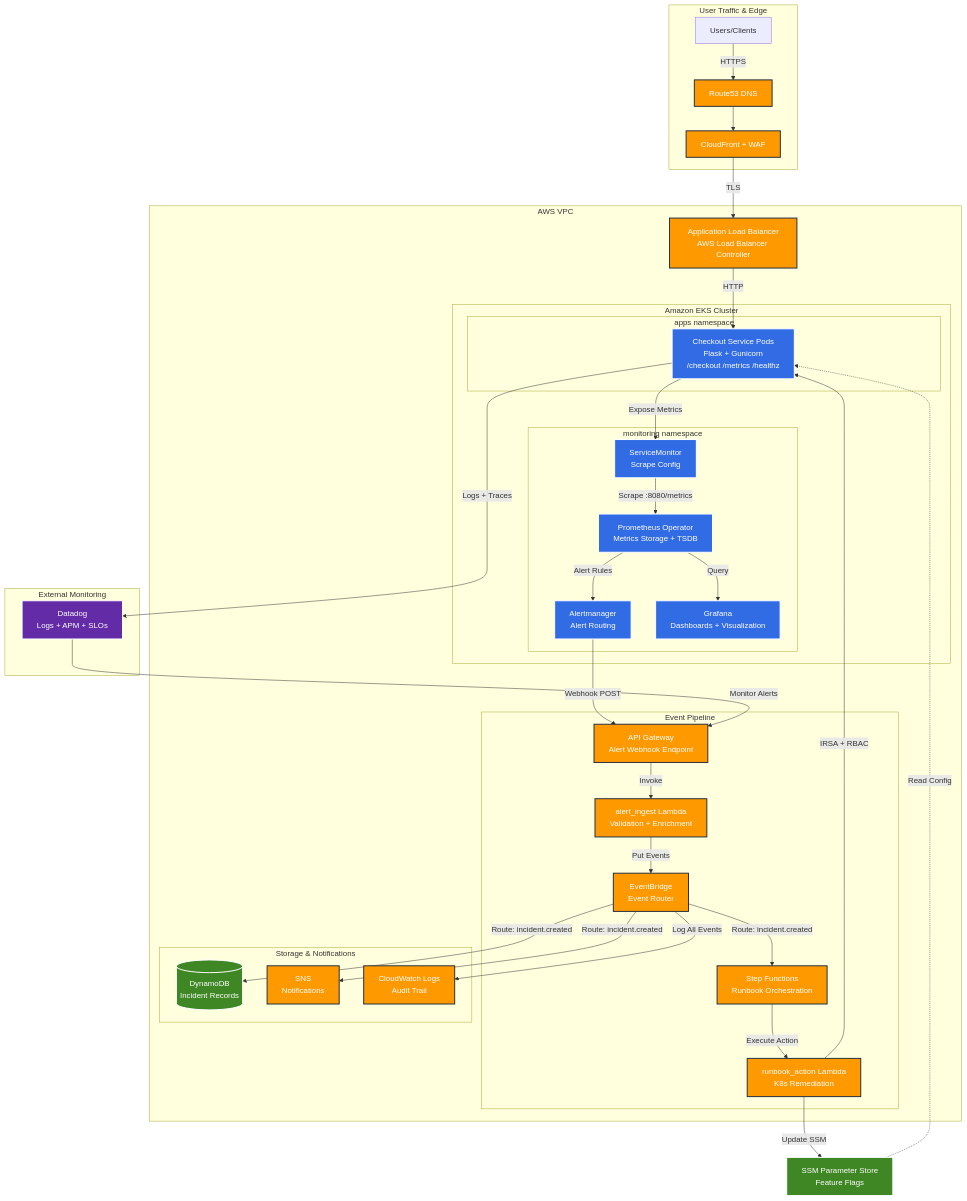
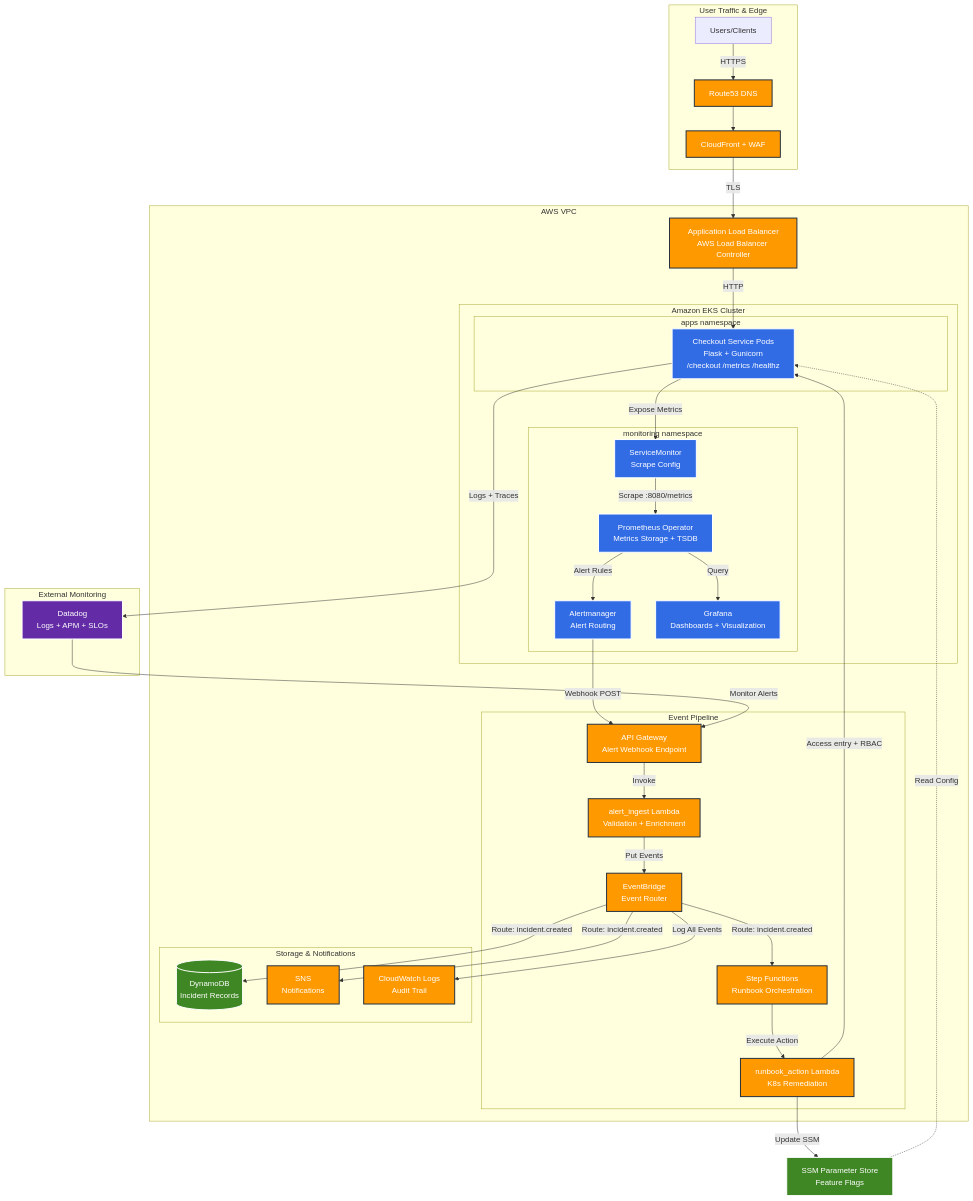
The first of 4 diagrams in docs/architecture/README.md (amrutp24/event-driven-sre-platform), drawn with Mermaid before and after one commit. The commit also changed other lines of this file and 6 other files, not shown here.

```diff
--- a/docs/architecture/README.md
+++ b/docs/architecture/README.md
@@ -86,7 +86,7 @@
 
     %% Remediation Flow
     SF -->|Execute Action| L2
-    L2 -->|IRSA + RBAC| APP
+    L2 -->|Access entry + RBAC| APP
     L2 -->|Update SSM| SSM[SSM Parameter Store<br/>Feature Flags]
     SSM -.->|Read Config| APP
 
```
